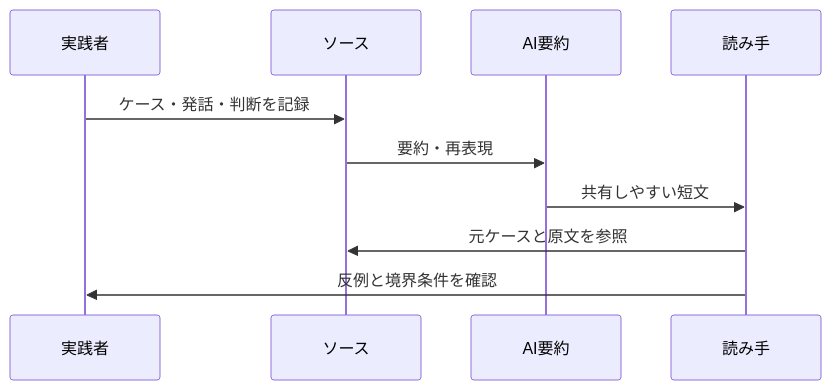
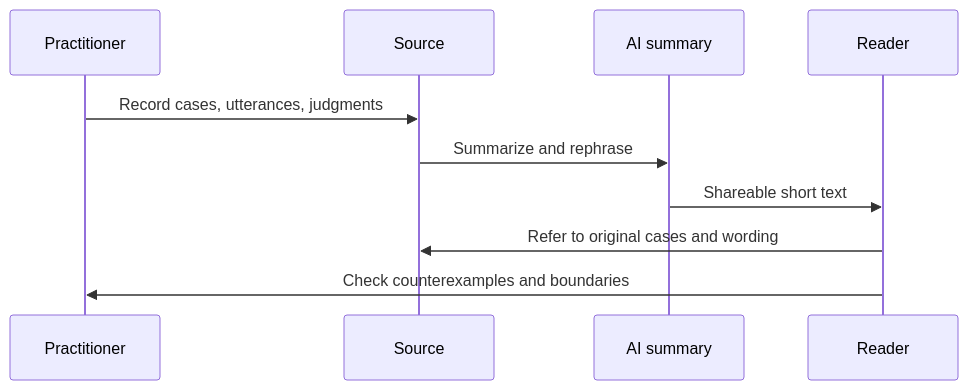
Before and after one commit to daylight55/research: the third of 3 diagrams in content/blog/en/comprehensive-understanding-paraphrase-risk.mdx, drawn with Mermaid. The commit also changed other lines of this file and 26 other files, not shown here.

Commit message:
Translate English Mermaid labels

````diff
--- a/content/blog/en/comprehensive-understanding-paraphrase-risk.mdx
+++ b/content/blog/en/comprehensive-understanding-paraphrase-risk.mdx
@@ -135,12 +135,12 @@
 ```mermaid
 sequenceDiagram
-  participant P as 実践者
-  participant S as ソース
-  participant A as AI要約
-  participant R as 読み手
-  P->>S: ケース・発話・判断を記録
-  S->>A: 要約・再表現
-  A->>R: 共有しやすい短文
-  R->>S: 元ケースと原文を参照
-  R->>P: 反例と境界条件を確認
+  participant P as Practitioner
+  participant S as Source
+  participant A as AI summary
+  participant R as Reader
+  P->>S: Record cases, utterances, judgments
+  S->>A: Summarize and rephrase
+  A->>R: Shareable short text
+  R->>S: Refer to original cases and wording
+  R->>P: Check counterexamples and boundaries
 ```
````
